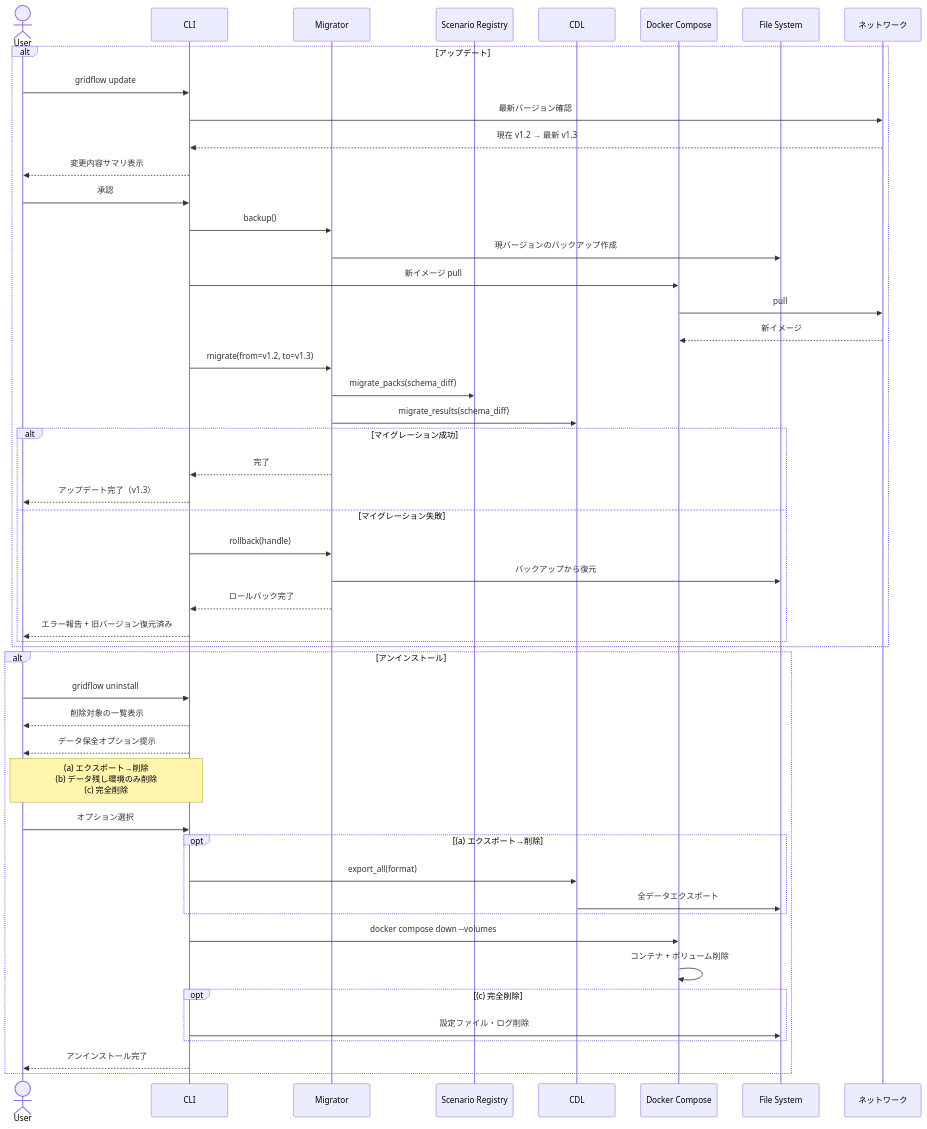
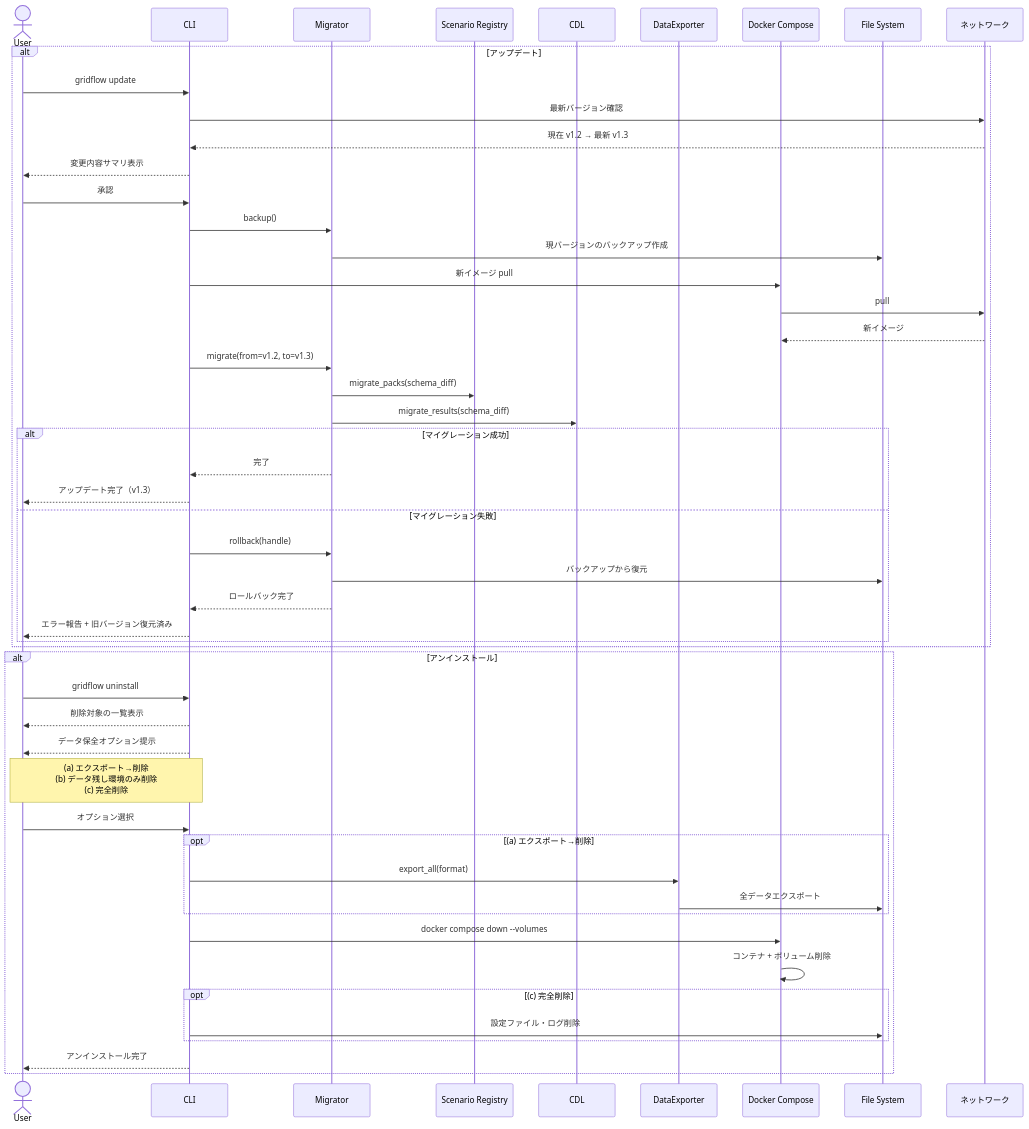
Diagram 13 of 15 in docs/architecture/04_dynamic_view.md (bottlenome/gridflow), drawn with Mermaid before and after one commit. The commit also changed 3 other files, not shown here.

````diff
--- a/docs/architecture/04_dynamic_view.md
+++ b/docs/architecture/04_dynamic_view.md
@@ -761,63 +761,64 @@
 ```mermaid
 sequenceDiagram
     actor User
     participant CLI
     participant Mig as Migrator
     participant Registry as Scenario Registry
     participant CDL
+    participant Export as DataExporter
     participant Docker as Docker Compose
     participant FS as File System
     participant Net as ネットワーク
 
     alt アップデート
         User->>CLI: gridflow update
         CLI->>Net: 最新バージョン確認
         Net-->>CLI: 現在 v1.2 → 最新 v1.3
         CLI-->>User: 変更内容サマリ表示
 
         User->>CLI: 承認
         CLI->>Mig: backup()
         Mig->>FS: 現バージョンのバックアップ作成
         CLI->>Docker: 新イメージ pull
         Docker->>Net: pull
         Net-->>Docker: 新イメージ
 
         CLI->>Mig: migrate(from=v1.2, to=v1.3)
         Mig->>Registry: migrate_packs(schema_diff)
         Mig->>CDL: migrate_results(schema_diff)
 
         alt マイグレーション成功
             Mig-->>CLI: 完了
             CLI-->>User: アップデート完了（v1.3）
         else マイグレーション失敗
             CLI->>Mig: rollback(handle)
             Mig->>FS: バックアップから復元
             Mig-->>CLI: ロールバック完了
             CLI-->>User: エラー報告 + 旧バージョン復元済み
         end
     end
 
     alt アンインストール
         User->>CLI: gridflow uninstall
         CLI-->>User: 削除対象の一覧表示
 
         CLI-->>User: データ保全オプション提示
         Note over User,CLI: (a) エクスポート→削除<br>(b) データ残し環境のみ削除<br>(c) 完全削除
 
         User->>CLI: オプション選択
 
         opt (a) エクスポート→削除
-            CLI->>CDL: export_all(format)
-            CDL->>FS: 全データエクスポート
+            CLI->>Export: export_all(format)
+            Export->>FS: 全データエクスポート
         end
 
         CLI->>Docker: docker compose down --volumes
         Docker->>Docker: コンテナ + ボリューム削除
 
         opt (c) 完全削除
             CLI->>FS: 設定ファイル・ログ削除
         end
 
         CLI-->>User: アンインストール完了
     end
 ```
````
